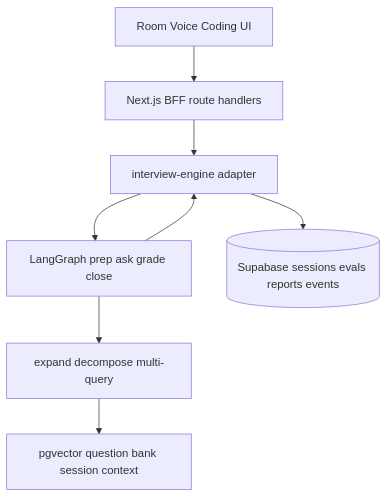
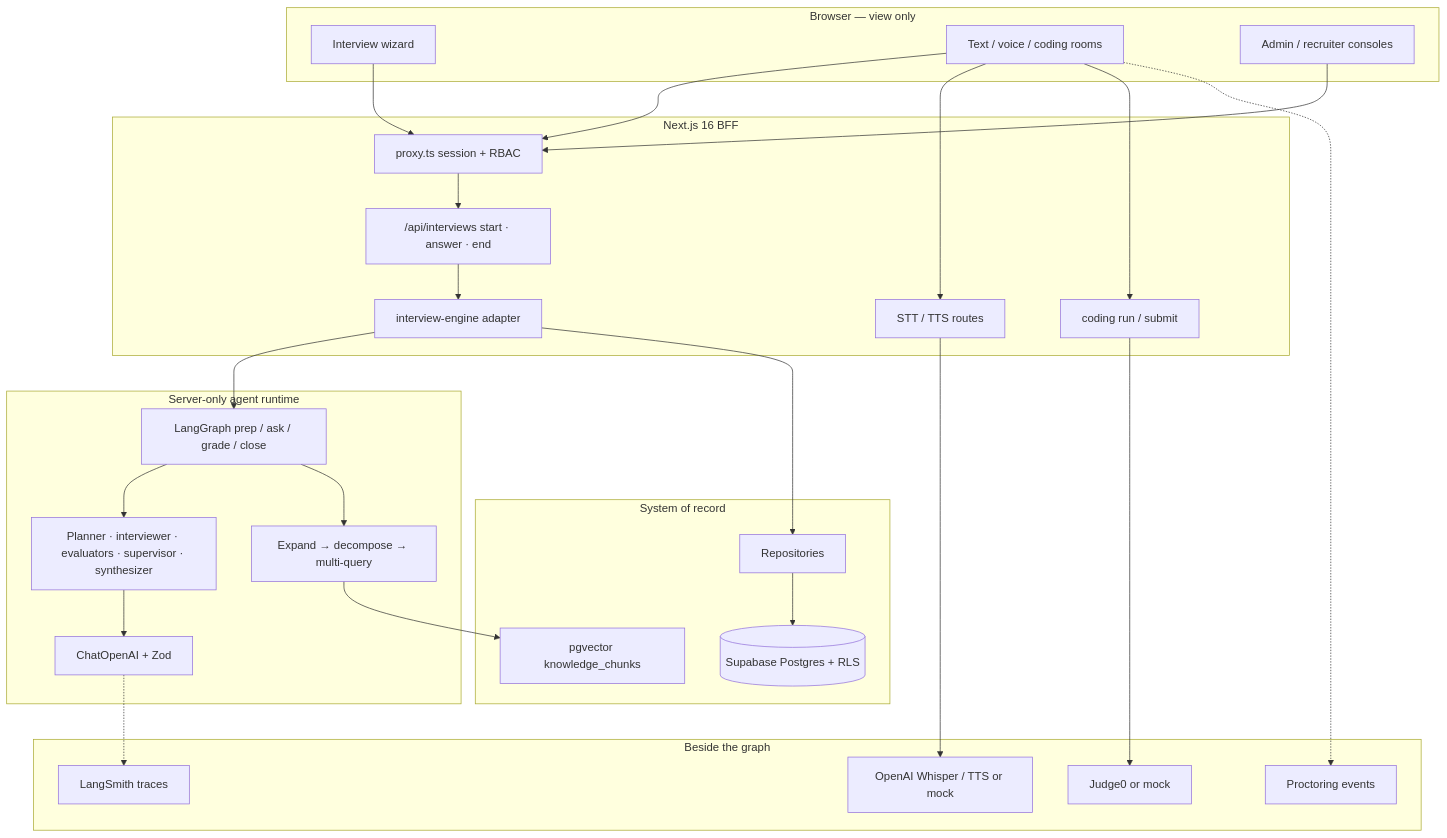
Before and after one commit to Vijayanpp/InterviewForge: the first of 2 diagrams in docs/architecture.md, drawn with Mermaid. The commit also changed 7 other files, not shown here.

````diff
--- a/docs/architecture.md
+++ b/docs/architecture.md
@@ -44,16 +44,54 @@
 ```mermaid
 flowchart TB
-  UI[Room Voice Coding UI]
-  BFF[Next.js BFF route handlers]
-  Engine[interview-engine adapter]
-  Graph[LangGraph prep ask grade close]
-  Retrieval[expand decompose multi-query]
-  Stores[pgvector question bank session context]
-  DB[(Supabase sessions evals reports events)]
+  subgraph clients [Browser — view only]
+    Wizard[Interview wizard]
+    Rooms[Text / voice / coding rooms]
+    Admin[Admin / recruiter consoles]
+  end
 
-  UI --> BFF --> Engine
+  subgraph bff [Next.js 16 BFF]
+    Proxy[proxy.ts session + RBAC]
+    Routes["/api/interviews start · answer · end"]
+    VoiceAPI[STT / TTS routes]
+    CodeAPI[coding run / submit]
+    Engine[interview-engine adapter]
+  end
+
+  subgraph runtime [Server-only agent runtime]
+    Graph[LangGraph prep / ask / grade / close]
+    Agents[Planner · interviewer · evaluators · supervisor · synthesizer]
+    Retrieval[Expand → decompose → multi-query]
+    LLM[ChatOpenAI + Zod]
+  end
+
+  subgraph data [System of record]
+    Repos[Repositories]
+    DB[(Supabase Postgres + RLS)]
+    Vec[pgvector knowledge_chunks]
+  end
+
+  subgraph side [Beside the graph]
+    Voice[OpenAI Whisper / TTS or mock]
+    Judge0[Judge0 or mock]
+    Proctor[Proctoring events]
+    Smith[LangSmith traces]
+  end
+
+  Wizard --> Proxy
+  Rooms --> Proxy
+  Admin --> Proxy
+  Proxy --> Routes
+  Rooms --> VoiceAPI
+  Rooms --> CodeAPI
+  Routes --> Engine
   Engine --> Graph
-  Graph --> Retrieval --> Stores
-  Engine --> DB
-  Graph --> Engine
+  Graph --> Agents
+  Agents --> LLM
+  Graph --> Retrieval
+  Retrieval --> Vec
+  Engine --> Repos --> DB
+  VoiceAPI --> Voice
+  CodeAPI --> Judge0
+  LLM -.-> Smith
+  Rooms -.-> Proctor
 ```
````
